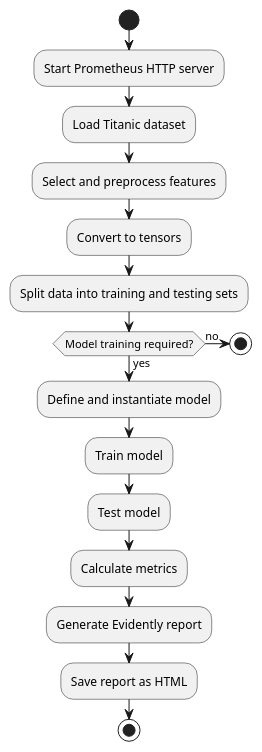
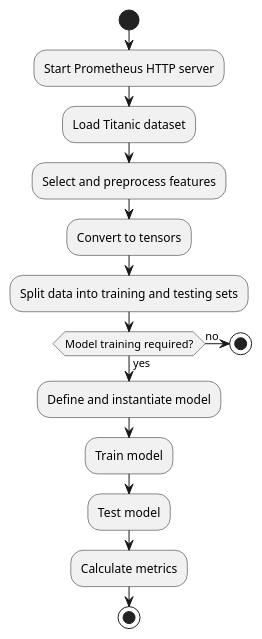
The diagram in simple ML model/Activity Diagram.puml (ElnazHnia/ML-model-online-method-drift), drawn with PlantUML before and after one commit. The commit also changed 9 other files, not shown here.

```diff
--- a/simple ML model/Activity Diagram.puml
+++ b/simple ML model/Activity Diagram.puml
@@ -1,25 +1,25 @@
 @startuml
 
 |#antiquewhite| Script |
 start
 
 :Start Prometheus HTTP server;
 :Load Titanic dataset;
 :Select and preprocess features;
 :Convert to tensors;
 :Split data into training and testing sets;
 
 if (Model training required?) then (yes)
     :Define and instantiate model;
     :Train model;
     :Test model;
     :Calculate metrics;
 else (no)
     stop
 endif
 
-:Generate Evidently report;
-:Save report as HTML;
+':Generate Evidently report;
+':Save report as HTML;
 stop
 
 @enduml
```
